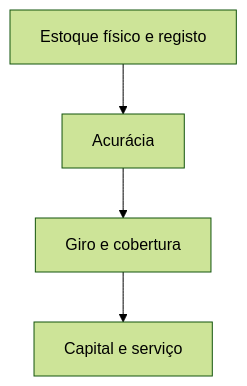
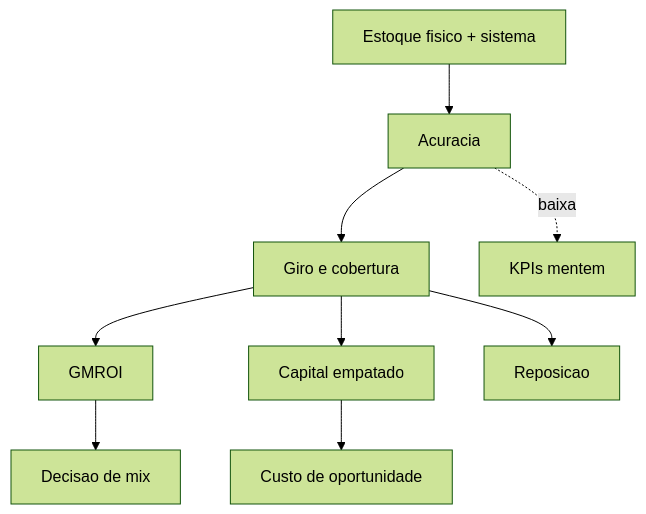
One commit to cleberhensel/logisticon-academy changed the diagram in aulas/trilha-dados-analytics-logistica/modulo-04-indicadores-logisticos-kpis/aula-03-giro-cobertura-estoque-capital.md. Above: the diagram before and after it, drawn with Mermaid (forest theme). The commit also changed other lines of this file and 122 other files, not shown here.

````diff
--- a/aulas/trilha-dados-analytics-logistica/modulo-04-indicadores-logisticos-kpis/aula-03-giro-cobertura-estoque-capital.md
+++ b/aulas/trilha-dados-analytics-logistica/modulo-04-indicadores-logisticos-kpis/aula-03-giro-cobertura-estoque-capital.md
@@ -36,6 +101,11 @@
 ```mermaid
 flowchart TD
-  Inv[Estoque físico e registo] --> Acc[Acurácia]
+  Inv[Estoque fisico + sistema] --> Acc[Acuracia]
   Acc --> G[Giro e cobertura]
-  G --> Cap[Capital e serviço]
+  G --> GMROI[GMROI]
+  G --> Cap[Capital empatado]
+  Cap --> Fin[Custo de oportunidade]
+  GMROI --> Mix[Decisao de mix]
+  G --> Rep[Reposicao]
+  Acc -.->|baixa| Risco[KPIs mentem]
 ```
````
